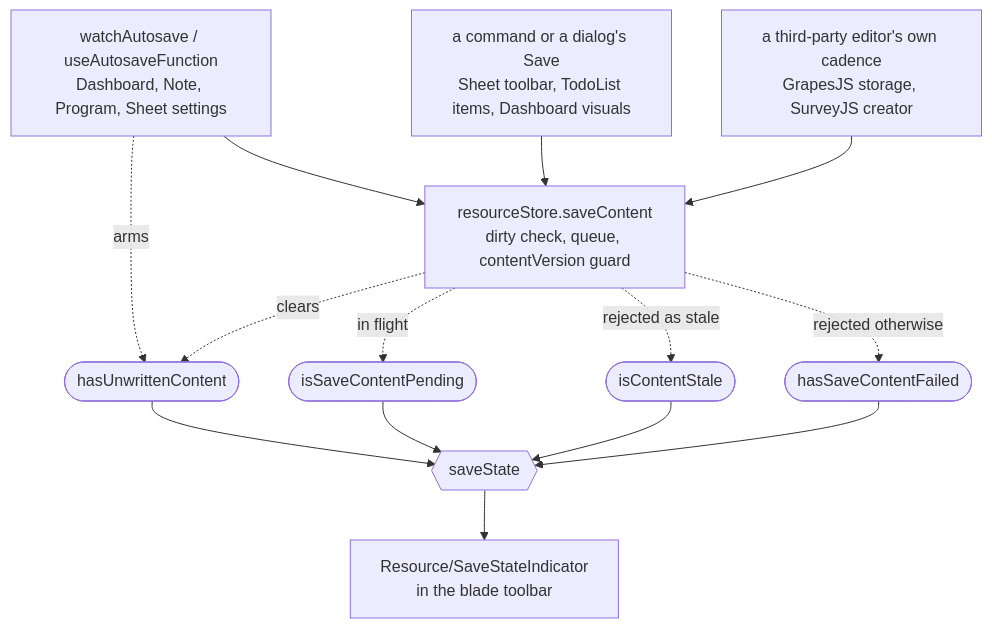
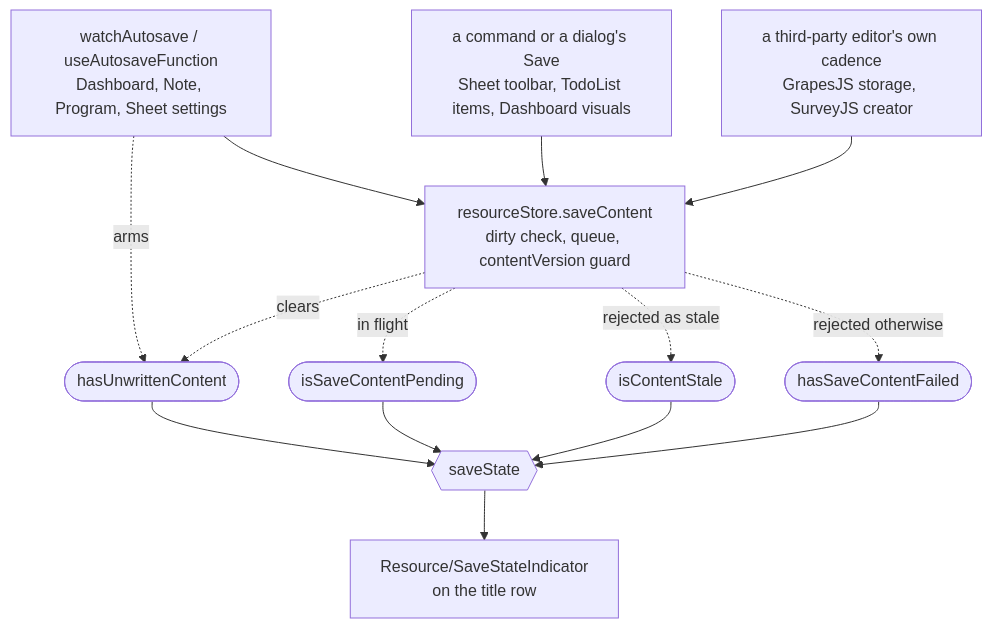
Before and after one commit to Esposter/Esposter: the diagram in apps/web/content/docs/resource/resource-save-state.md, drawn with Mermaid. The commit also changed other lines of this file and 40 other files, not shown here.

````diff
--- a/apps/web/content/docs/resource/resource-save-state.md
+++ b/apps/web/content/docs/resource/resource-save-state.md
@@ -18,19 +18,19 @@
 ```mermaid
 flowchart TD
   AUTO["watchAutosave / useAutosaveFunction<br/>Dashboard, Note, Program, Sheet settings"] --> DOOR
   CMD["a command or a dialog's Save<br/>Sheet toolbar, TodoList items, Dashboard visuals"] --> DOOR
   LIB["a third-party editor's own cadence<br/>GrapesJS storage, SurveyJS creator"] --> DOOR
   DOOR["resourceStore.saveContent<br/>dirty check, queue, contentVersion guard"]
 
   AUTO -.->|"arms"| ARMED(["hasUnwrittenContent"])
   DOOR -.->|"clears"| ARMED
   DOOR -.->|"in flight"| PENDING(["isSaveContentPending"])
   DOOR -.->|"rejected as stale"| STALE(["isContentStale"])
   DOOR -.->|"rejected otherwise"| FAILED(["hasSaveContentFailed"])
 
   ARMED --> STATE{{"saveState"}}
   PENDING --> STATE
   STALE --> STATE
   FAILED --> STATE
-  STATE --> UI["Resource/SaveStateIndicator<br/>in the blade toolbar"]
+  STATE --> UI["Resource/SaveStateIndicator<br/>on the title row"]
 ```
````
